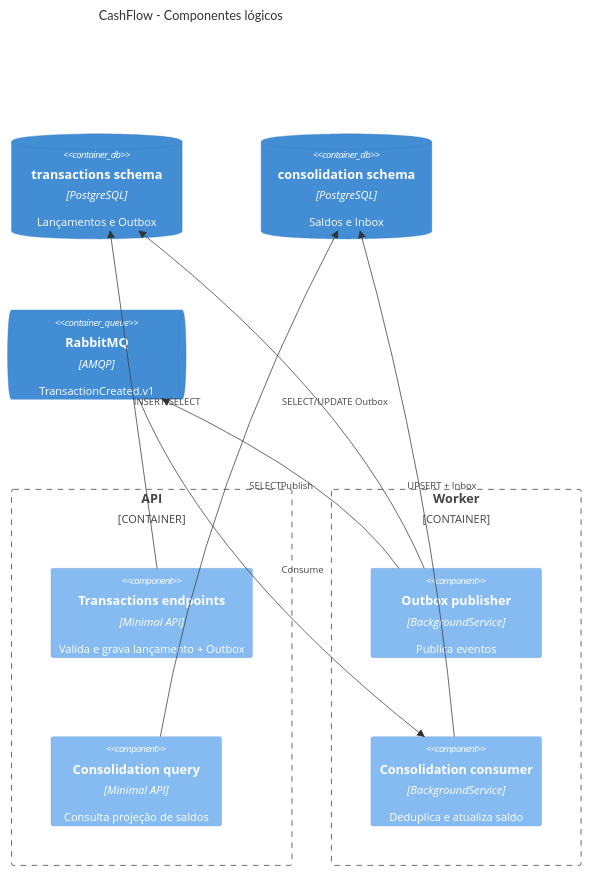
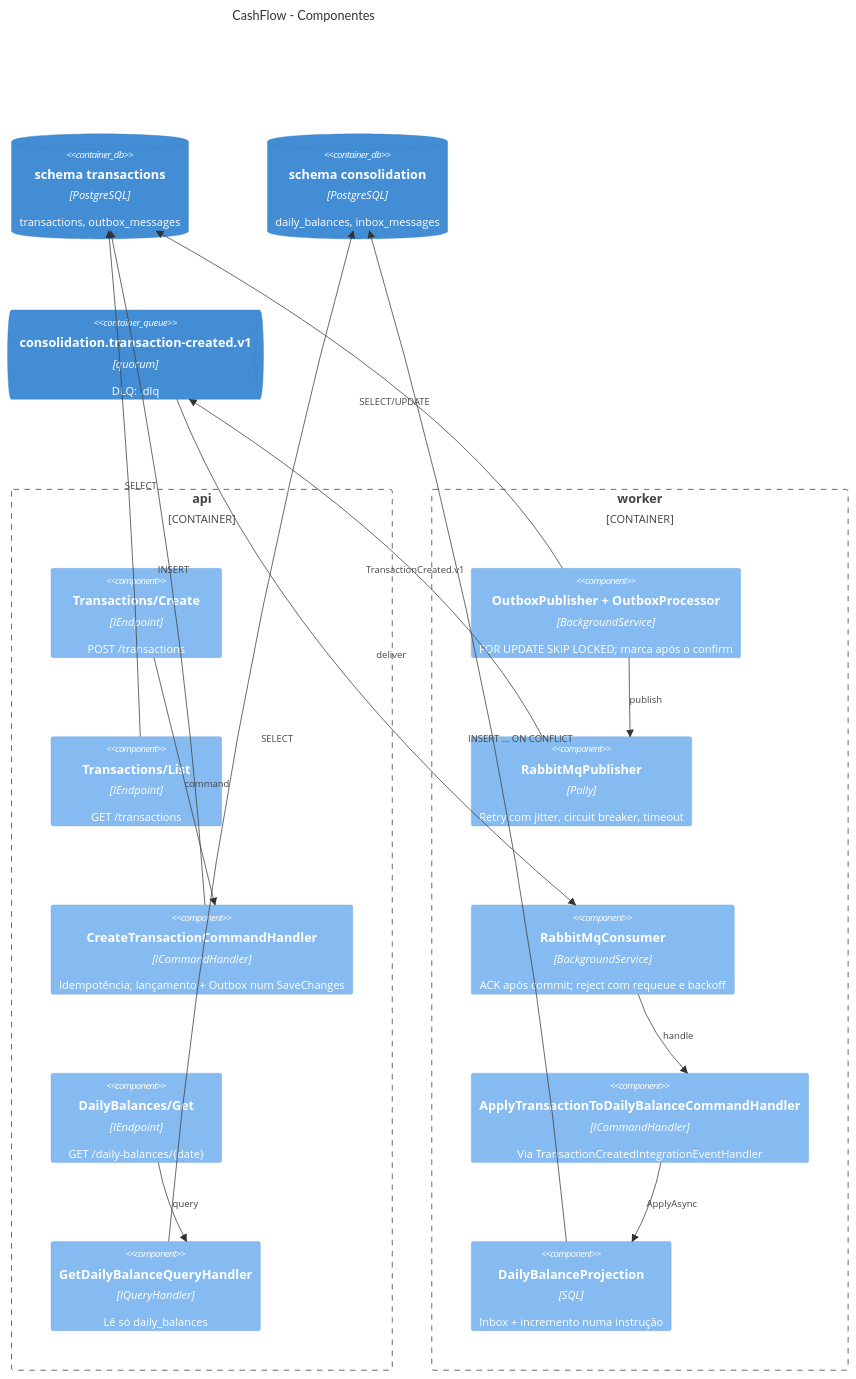
The third of 6 diagrams in docs/diagrams/architecture.md (fabiofeti/desafio-keyrus), drawn with Mermaid before and after one commit. The commit also changed other lines of this file and 14 other files, not shown here.

First line of the commit message:
Contratos a partir do código e diagramas redesenhados

````diff
--- a/docs/diagrams/architecture.md
+++ b/docs/diagrams/architecture.md
@@ -32,21 +38,33 @@
 ```mermaid
 C4Component
-  title CashFlow - Componentes lógicos
-  Container_Boundary(api, "API") {
-    Component(tx, "Transactions endpoints", "Minimal API", "Valida e grava lançamento + Outbox")
-    Component(read, "Consolidation query", "Minimal API", "Consulta projeção de saldos")
+  title CashFlow - Componentes
+  Container_Boundary(api, "api") {
+    Component(create, "Transactions/Create", "IEndpoint", "POST /transactions")
+    Component(list, "Transactions/List", "IEndpoint", "GET /transactions")
+    Component(createHandler, "CreateTransactionCommandHandler", "ICommandHandler", "Idempotência; lançamento + Outbox num SaveChanges")
+    Component(get, "DailyBalances/Get", "IEndpoint", "GET /daily-balances/{date}")
+    Component(getHandler, "GetDailyBalanceQueryHandler", "IQueryHandler", "Lê só daily_balances")
   }
-  Container_Boundary(worker, "Worker") {
-    Component(pub, "Outbox publisher", "BackgroundService", "Publica eventos")
-    Component(cons, "Consolidation consumer", "BackgroundService", "Deduplica e atualiza saldo")
+  Container_Boundary(worker, "worker") {
+    Component(outbox, "OutboxPublisher + OutboxProcessor", "BackgroundService", "FOR UPDATE SKIP LOCKED; marca após o confirm")
+    Component(publisher, "RabbitMqPublisher", "Polly", "Retry com jitter, circuit breaker, timeout")
+    Component(consumer, "RabbitMqConsumer", "BackgroundService", "ACK após commit; reject com requeue e backoff")
+    Component(apply, "ApplyTransactionToDailyBalanceCommandHandler", "ICommandHandler", "Via TransactionCreatedIntegrationEventHandler")
+    Component(projection, "DailyBalanceProjection", "SQL", "Inbox + incremento numa instrução")
   }
-  ContainerDb(tdb, "transactions schema", "PostgreSQL", "Lançamentos e Outbox")
-  ContainerDb(cdb, "consolidation schema", "PostgreSQL", "Saldos e Inbox")
-  ContainerQueue(mq, "RabbitMQ", "AMQP", "TransactionCreated.v1")
-  Rel(tx, tdb, "INSERT/SELECT")
-  Rel(read, cdb, "SELECT")
-  Rel(pub, tdb, "SELECT/UPDATE Outbox")
-  Rel(pub, mq, "Publish")
-  Rel(mq, cons, "Consume")
-  Rel(cons, cdb, "UPSERT + Inbox")
+  ContainerDb(tdb, "schema transactions", "PostgreSQL", "transactions, outbox_messages")
+  ContainerDb(cdb, "schema consolidation", "PostgreSQL", "daily_balances, inbox_messages")
+  ContainerQueue(mq, "consolidation.transaction-created.v1", "quorum", "DLQ: .dlq")
+  Rel(create, createHandler, "command")
+  Rel(createHandler, tdb, "INSERT")
+  Rel(list, tdb, "SELECT")
+  Rel(get, getHandler, "query")
+  Rel(getHandler, cdb, "SELECT")
+  Rel(outbox, tdb, "SELECT/UPDATE")
+  Rel(outbox, publisher, "publish")
+  Rel(publisher, mq, "TransactionCreated.v1")
+  Rel(mq, consumer, "deliver")
+  Rel(consumer, apply, "handle")
+  Rel(apply, projection, "ApplyAsync")
+  Rel(projection, cdb, "INSERT ... ON CONFLICT")
 ```
````
